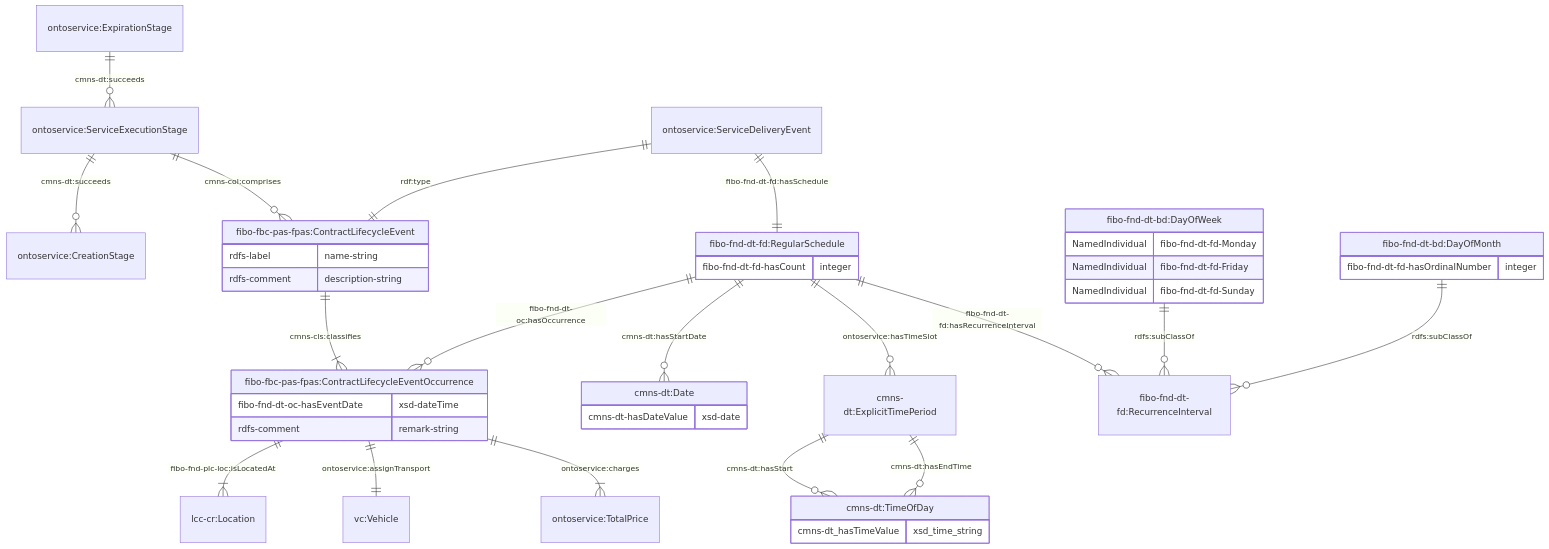
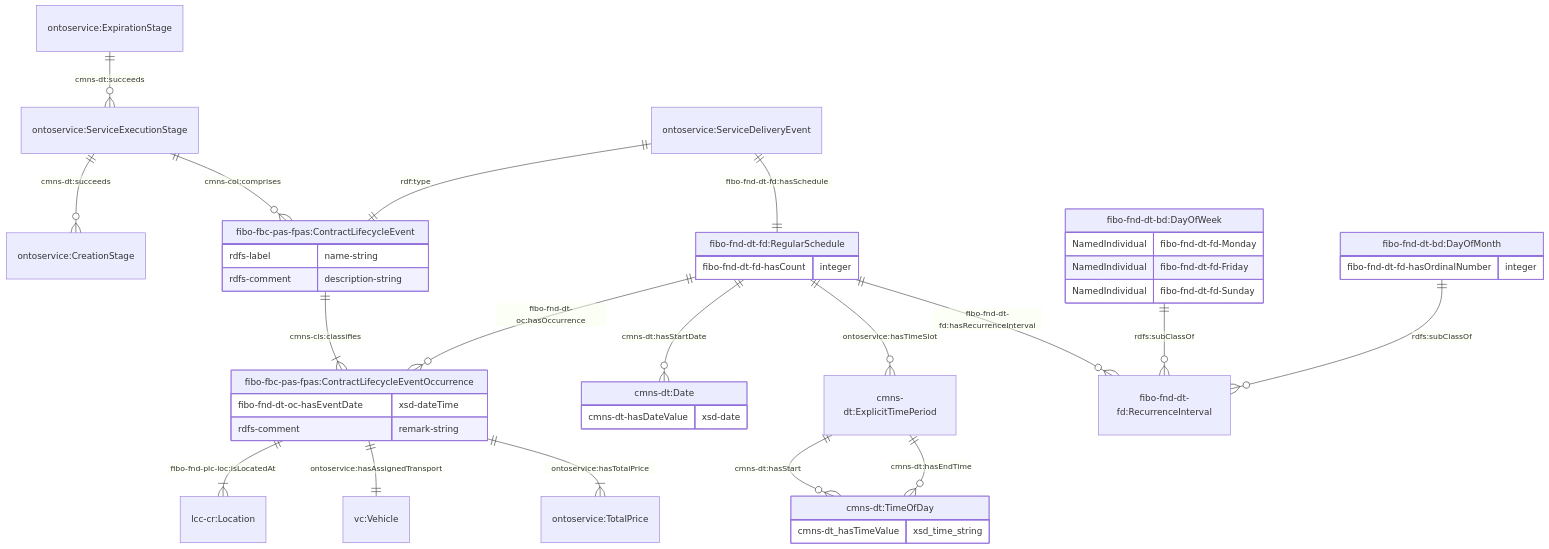
Before and after one commit to cambridge-cares/TheWorldAvatar: the seventh of 8 diagrams in JPS_Ontology/ontology/ontoservice/README.md, drawn with Mermaid. The commit also changed other lines of this file and 2 other files, not shown here.

Commit message:
dev-ontoservice-lifecycle: Updated to hasProperty format for consistency and readability for charges and assignTransport

````diff
--- a/JPS_Ontology/ontology/ontoservice/README.md
+++ b/JPS_Ontology/ontology/ontoservice/README.md
@@ -256,47 +256,47 @@
 ```mermaid
     erDiagram
     "ontoservice:ServiceExecutionStage" ||--o{ "ontoservice:CreationStage" : "cmns-dt:succeeds"
     "ontoservice:ExpirationStage" ||--o{ "ontoservice:ServiceExecutionStage" : "cmns-dt:succeeds"
     "ontoservice:ServiceExecutionStage" ||--o{ "fibo-fbc-pas-fpas:ContractLifecycleEvent" : "cmns-col:comprises"
     "fibo-fbc-pas-fpas:ContractLifecycleEvent" {
         rdfs-label name-string
         rdfs-comment description-string
     }
     "ontoservice:ServiceDeliveryEvent" ||--|| "fibo-fbc-pas-fpas:ContractLifecycleEvent" : "rdf:type"
     "ontoservice:ServiceDeliveryEvent" ||--|| "fibo-fnd-dt-fd:RegularSchedule" : "fibo-fnd-dt-fd:hasSchedule"
     "fibo-fnd-dt-fd:RegularSchedule" ||--o{ "fibo-fbc-pas-fpas:ContractLifecycleEventOccurrence" : "fibo-fnd-dt-oc:hasOccurrence"
     "fibo-fnd-dt-fd:RegularSchedule" {
         fibo-fnd-dt-fd-hasCount integer
     }
 
     "fibo-fnd-dt-fd:RegularSchedule" ||--o{ "cmns-dt:Date" : "cmns-dt:hasStartDate"
     "cmns-dt:Date" {
         cmns-dt-hasDateValue xsd-date
     }
     "fibo-fnd-dt-fd:RegularSchedule" ||--o{ "cmns-dt:ExplicitTimePeriod" : "ontoservice:hasTimeSlot"
     "cmns-dt:ExplicitTimePeriod" ||--o{ "cmns-dt:TimeOfDay" : "cmns-dt:hasStart"
     "cmns-dt:ExplicitTimePeriod" ||--o{ "cmns-dt:TimeOfDay" : "cmns-dt:hasEndTime"
     "cmns-dt:TimeOfDay" {
         cmns-dt_hasTimeValue xsd_time_string
     }
     "fibo-fnd-dt-fd:RegularSchedule" ||--o{ "fibo-fnd-dt-fd:RecurrenceInterval" : "fibo-fnd-dt-fd:hasRecurrenceInterval"
     "fibo-fnd-dt-bd:DayOfWeek" ||--o{ "fibo-fnd-dt-fd:RecurrenceInterval" : "rdfs:subClassOf"
     "fibo-fnd-dt-bd:DayOfWeek" {
         NamedIndividual fibo-fnd-dt-fd-Monday
         NamedIndividual fibo-fnd-dt-fd-Friday
         NamedIndividual fibo-fnd-dt-fd-Sunday
     }
     "fibo-fnd-dt-bd:DayOfMonth" ||--o{ "fibo-fnd-dt-fd:RecurrenceInterval" : "rdfs:subClassOf"
     "fibo-fnd-dt-bd:DayOfMonth" {
         fibo-fnd-dt-fd-hasOrdinalNumber integer
     }
 
     "fibo-fbc-pas-fpas:ContractLifecycleEvent" ||--|{ "fibo-fbc-pas-fpas:ContractLifecycleEventOccurrence" : "cmns-cls:classifies"
     "fibo-fbc-pas-fpas:ContractLifecycleEventOccurrence" ||--|{ "lcc-cr:Location" : "fibo-fnd-plc-loc:isLocatedAt"
-    "fibo-fbc-pas-fpas:ContractLifecycleEventOccurrence" ||--|| "vc:Vehicle" : "ontoservice:assignTransport"
-    "fibo-fbc-pas-fpas:ContractLifecycleEventOccurrence" ||--|{ "ontoservice:TotalPrice" : "ontoservice:charges"
+    "fibo-fbc-pas-fpas:ContractLifecycleEventOccurrence" ||--|| "vc:Vehicle" : "ontoservice:hasAssignedTransport"
+    "fibo-fbc-pas-fpas:ContractLifecycleEventOccurrence" ||--|{ "ontoservice:TotalPrice" : "ontoservice:hasTotalPrice"
     "fibo-fbc-pas-fpas:ContractLifecycleEventOccurrence" {
         fibo-fnd-dt-oc-hasEventDate xsd-dateTime
         rdfs-comment remark-string
     }
 ```
````
